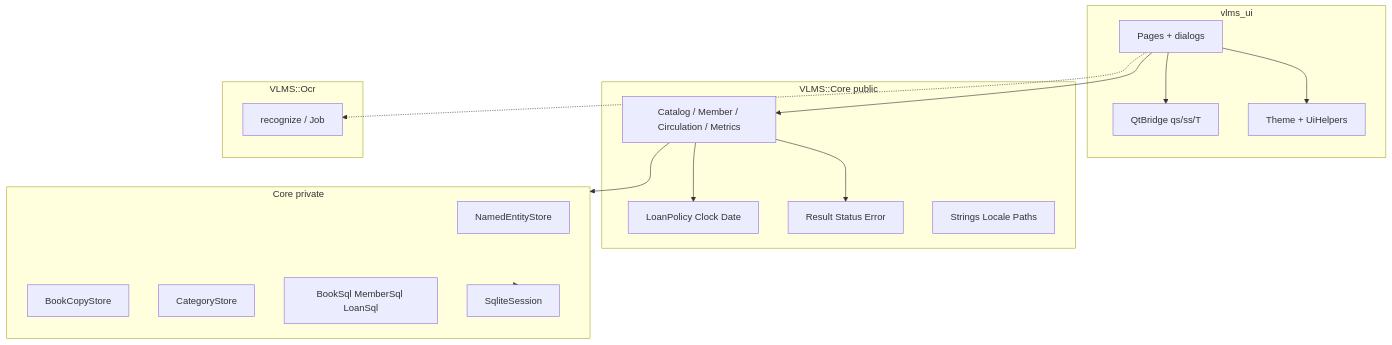
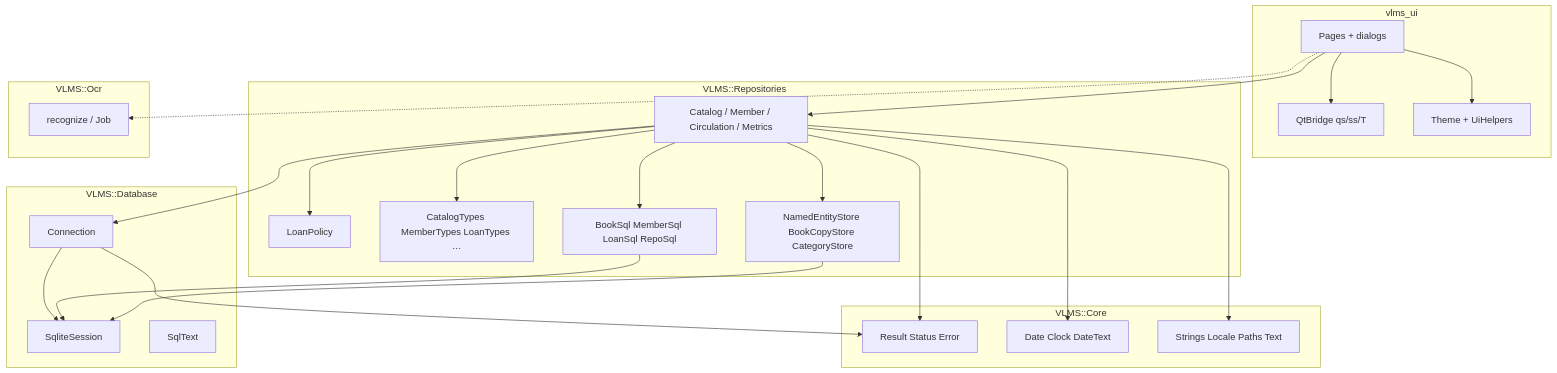
The eighth of 27 diagrams in docs/architecture/beta-uml.md (medaminben/VLMS), drawn with Mermaid before and after one commit. The commit also changed other lines of this file, not shown here.

Commit message:
Refresh the Beta UML for the library split and schema 7.

````diff
--- a/docs/architecture/beta-uml.md
+++ b/docs/architecture/beta-uml.md
@@ -201,36 +234,49 @@
 ```mermaid
 flowchart TD
     subgraph ui [vlms_ui]
         Pages[Pages + dialogs]
         Bridge[QtBridge qs/ss/T]
         Theme[Theme + UiHelpers]
     end
 
-    subgraph core [VLMS::Core public]
-        Repos[Catalog / Member / Circulation / Metrics]
-        Policy[LoanPolicy Clock Date]
-        Err[Result Status Error]
-        I18n[Strings Locale Paths]
+    subgraph repos [VLMS::Repositories]
+        Facades[Catalog / Member / Circulation / Metrics]
+        Policy[LoanPolicy]
+        Types[CatalogTypes MemberTypes LoanTypes …]
+        StoresPriv[NamedEntityStore BookCopyStore CategoryStore]
+        SQL[BookSql MemberSql LoanSql RepoSql]
     end
 
-    subgraph stores [Core private]
-        NES[NamedEntityStore]
-        BCS[BookCopyStore]
-        CS[CategoryStore]
-        SQL[BookSql MemberSql LoanSql]
+    subgraph db [VLMS::Database]
+        Conn[Connection]
         Sess2[SqliteSession]
+        SqlText[SqlText]
+    end
+
+    subgraph core [VLMS::Core]
+        Err[Result Status Error]
+        Dates[Date Clock DateText]
+        I18n[Strings Locale Paths Text]
     end
 
     subgraph ocr [VLMS::Ocr]
         Rec[recognize / Job]
     end
 
     Pages --> Bridge
-    Pages --> Repos
+    Pages --> Facades
     Pages --> Theme
     Pages -.-> Rec
-    Repos --> Err
-    Repos --> stores
-    Repos --> Policy
-    stores --> Sess2
+    Facades --> Err
+    Facades --> Types
+    Facades --> Policy
+    Facades --> StoresPriv
+    Facades --> SQL
+    StoresPriv --> Sess2
+    SQL --> Sess2
+    Conn --> Sess2
+    Conn --> Err
+    Facades --> Conn
+    Facades --> I18n
+    Facades --> Dates
 ```
````
